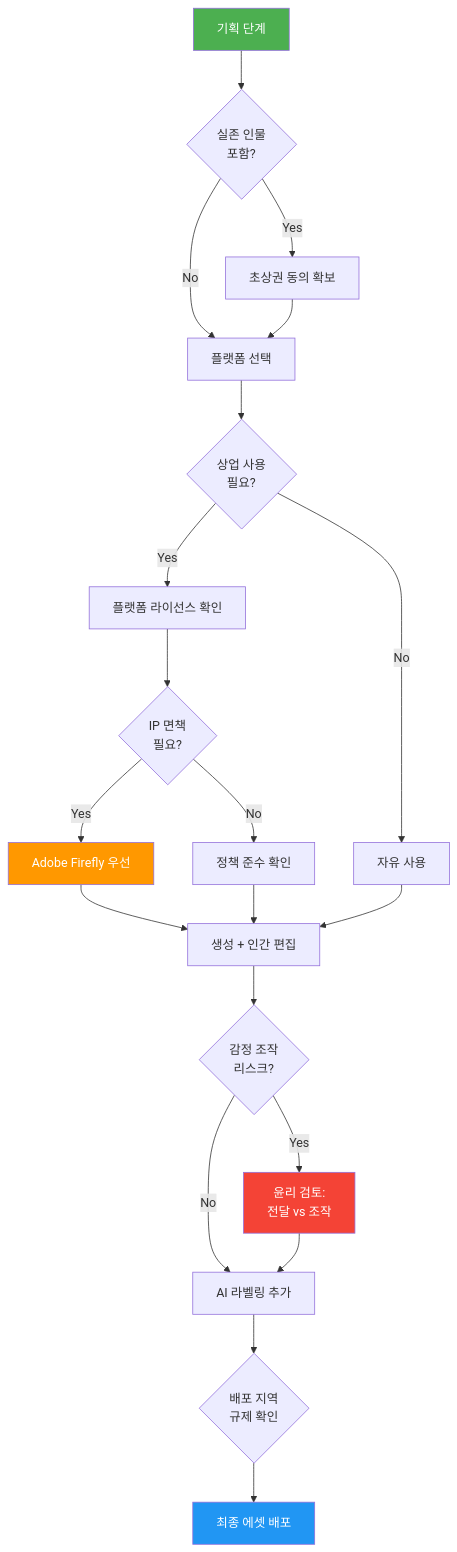
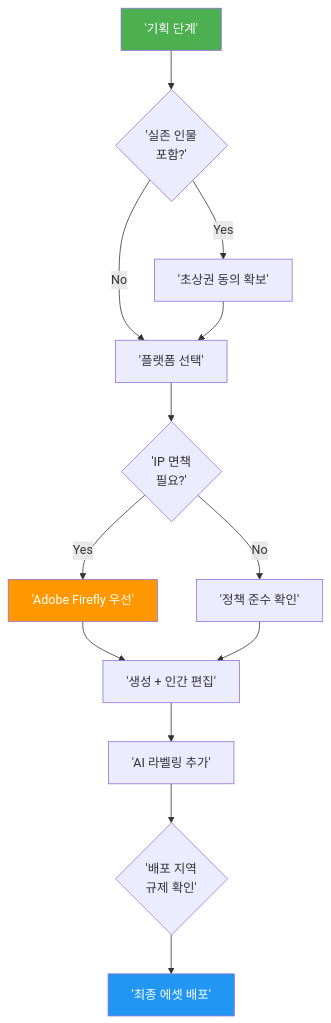
Before and after one commit to jsonpassion/forge-tutorial-promptcanvas: the third of 3 diagrams in 12-ch12-실전-포트폴리오-프로젝트/04-04-ai-비주얼의-저작권윤리상업적-활용.md, drawn with Mermaid. The commit also changed other lines of this file and 63 other files, not shown here.

````diff
--- a/12-ch12-실전-포트폴리오-프로젝트/04-04-ai-비주얼의-저작권윤리상업적-활용.md
+++ b/12-ch12-실전-포트폴리오-프로젝트/04-04-ai-비주얼의-저작권윤리상업적-활용.md
@@ -666,27 +152,19 @@
 ```mermaid
 flowchart TD
-    A["기획 단계"] --> B{"실존 인물<br/>포함?"}
-    B -->|Yes| C["초상권 동의 확보"]
-    B -->|No| D["플랫폼 선택"]
+    A['기획 단계'] --> B{'실존 인물<br/>포함?'}
+    B -->|Yes| C['초상권 동의 확보']
+    B -->|No| D['플랫폼 선택']
     C --> D
-    D --> E{"상업 사용<br/>필요?"}
-    E -->|Yes| F["플랫폼 라이선스 확인"]
-    E -->|No| G["자유 사용"]
-    F --> H{"IP 면책<br/>필요?"}
-    H -->|Yes| I["Adobe Firefly 우선"]
-    H -->|No| J["정책 준수 확인"]
-    I --> K["생성 + 인간 편집"]
-    J --> K
-    G --> K
-    K --> L{"감정 조작<br/>리스크?"}
-    L -->|Yes| L2["윤리 검토:<br/>전달 vs 조작"]
-    L -->|No| M["AI 라벨링 추가"]
-    L2 --> M
-    M --> N{"배포 지역<br/>규제 확인"}
-    N --> O["최종 에셋 배포"]
-    
+    D --> E{'IP 면책<br/>필요?'}
+    E -->|Yes| F['Adobe Firefly 우선']
+    E -->|No| G['정책 준수 확인']
+    F --> H['생성 + 인간 편집']
+    G --> H
+    H --> I['AI 라벨링 추가']
+    I --> J{'배포 지역<br/>규제 확인'}
+    J --> K['최종 에셋 배포']
+
     style A fill:#4CAF50,color:#fff
-    style O fill:#2196F3,color:#fff
-    style I fill:#FF9800,color:#fff
-    style L2 fill:#F44336,color:#fff
+    style K fill:#2196F3,color:#fff
+    style F fill:#FF9800,color:#fff
 ```
````
